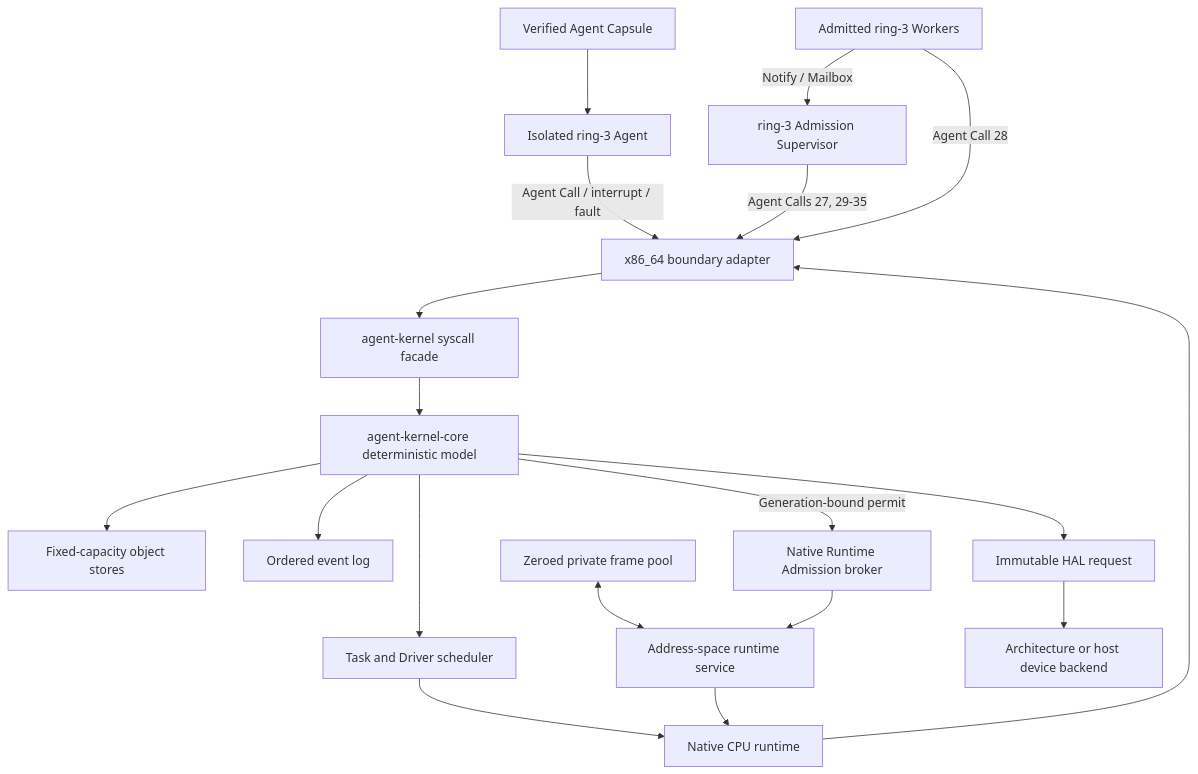
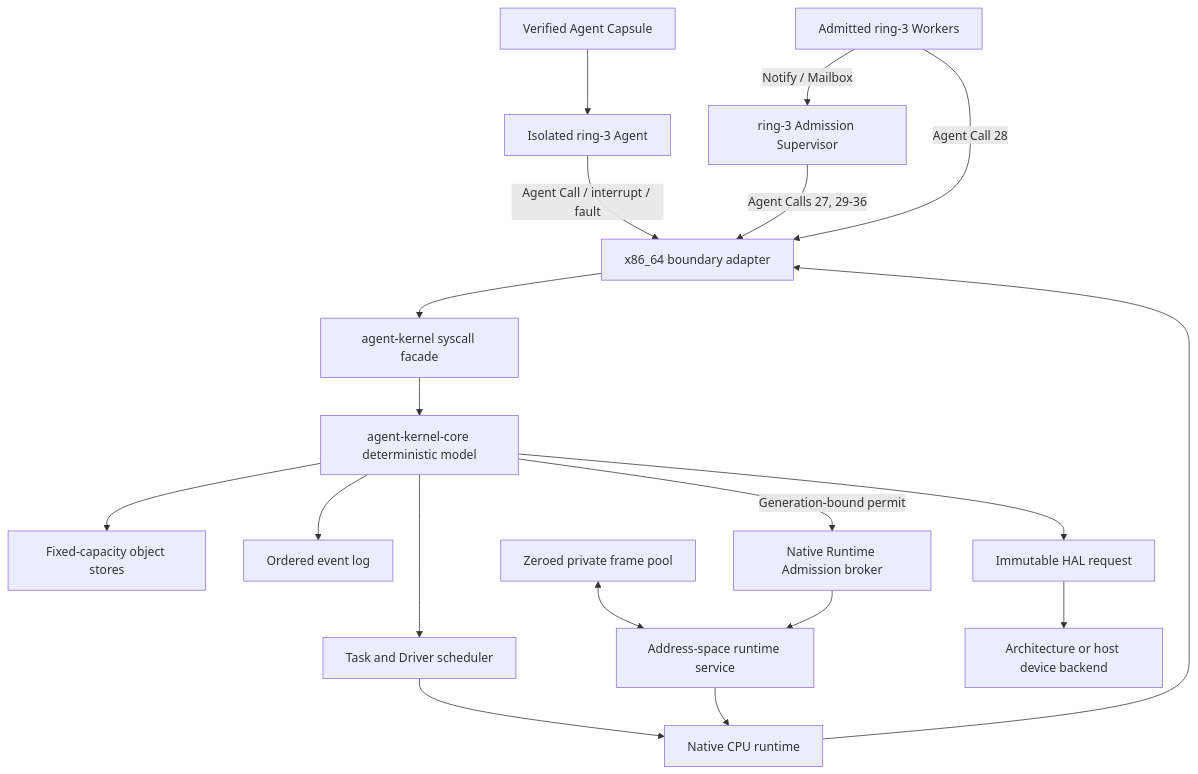
One commit to Evan-master/agent-kernel changed the diagram in README.md. Above: the diagram before and after it, drawn with Mermaid. The commit also changed other lines of this file and 38 other files, not shown here.

````diff
--- a/README.md
+++ b/README.md
@@ -222,21 +232,21 @@
 ```mermaid
 flowchart TB
     Capsule["Verified Agent Capsule"] --> Ring3["Isolated ring-3 Agent"]
     Ring3 -->|"Agent Call / interrupt / fault"| X86["x86_64 boundary adapter"]
     X86 --> Facade["agent-kernel syscall facade"]
     Facade --> Core["agent-kernel-core deterministic model"]
     Core --> Stores["Fixed-capacity object stores"]
     Core --> Events["Ordered event log"]
     Core --> Scheduler["Task and Driver scheduler"]
     Scheduler --> Runtime["Native CPU runtime"]
     Runtime --> X86
     FramePool["Zeroed private frame pool"] <--> AddressService["Address-space runtime service"]
     Broker["Native Runtime Admission broker"] --> AddressService
     Core -->|"Generation-bound permit"| Broker
     AddressService --> Runtime
     Core --> HAL["Immutable HAL request"]
     HAL --> Device["Architecture or host device backend"]
-    Supervisor["ring-3 Admission Supervisor"] -->|"Agent Calls 27, 29-35"| X86
+    Supervisor["ring-3 Admission Supervisor"] -->|"Agent Calls 27, 29-36"| X86
     Workers["Admitted ring-3 Workers"] -->|"Agent Call 28"| X86
     Workers -->|"Notify / Mailbox"| Supervisor
 ```
````
